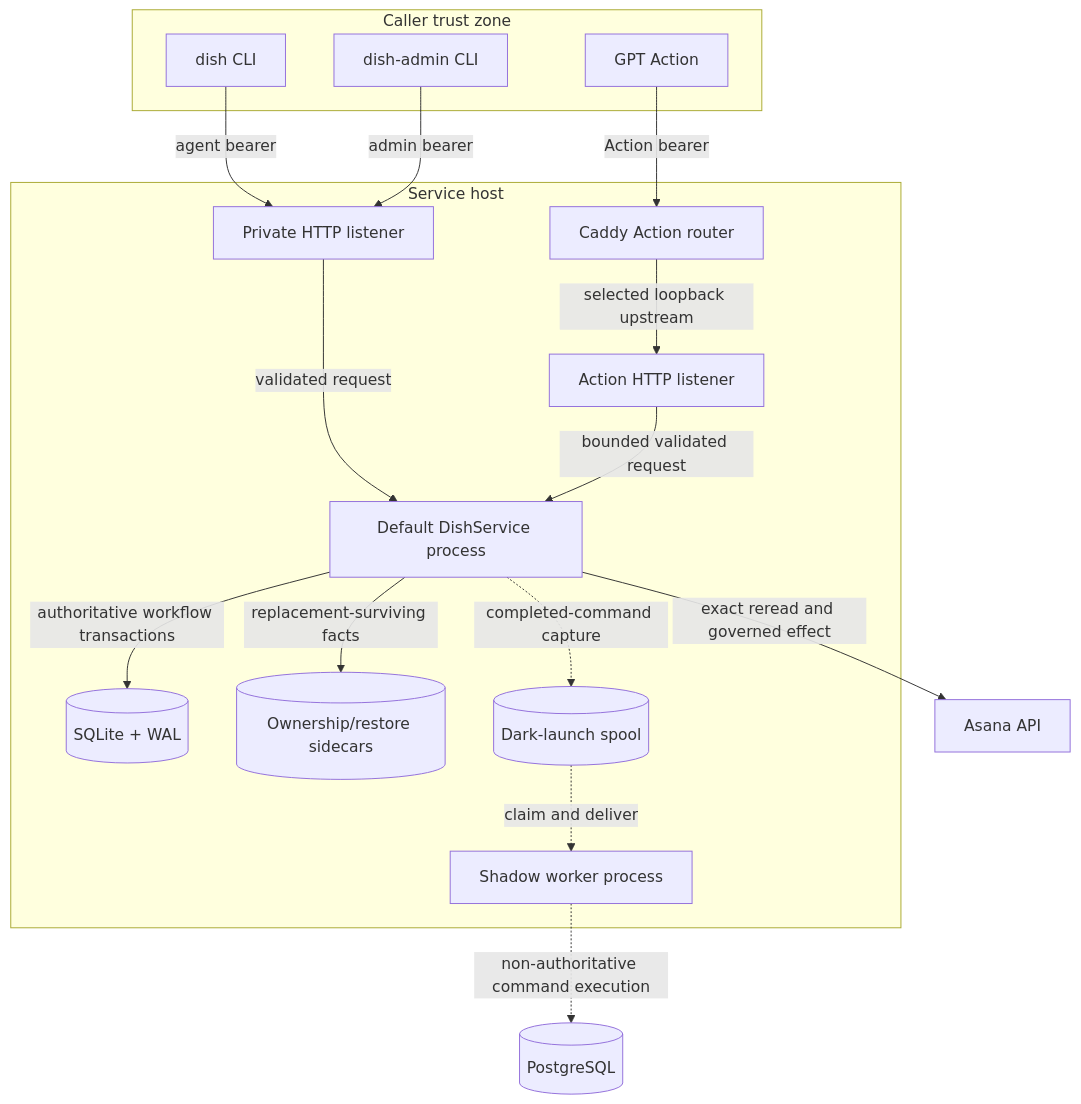
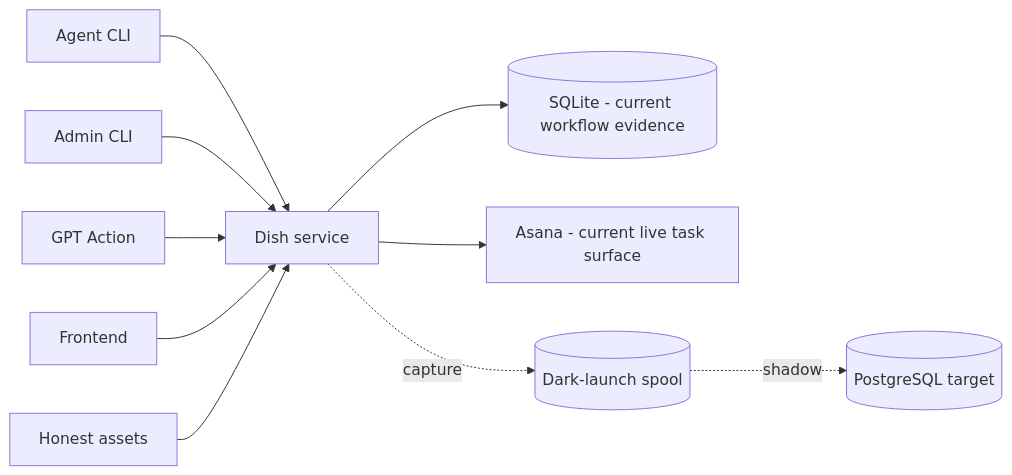
Before and after one commit to marcogallotta/ai-tools: the diagram in dish/docs/architecture/system-context.md, drawn with Mermaid. The commit also changed other lines of this file and 19 other files, not shown here.

First line of the commit message:
docs: rewrite architecture knowledge base for concision, preserve agent_guidance invariant

````diff
--- a/dish/docs/architecture/system-context.md
+++ b/dish/docs/architecture/system-context.md
@@ -25,32 +17,12 @@
 ```mermaid
-flowchart TB
-    subgraph Callers[Caller trust zone]
-      CLI[dish CLI]
-      Admin[dish-admin CLI]
-      GPT[GPT Action]
-    end
-    subgraph Host[Service host]
-      Private[Private HTTP listener]
-      Action[Action HTTP listener]
-      Service[Default DishService process]
-      SQLite[(SQLite + WAL)]
-      Sidecars[(Ownership/restore sidecars)]
-      Router[Caddy Action router]
-      Spool[(Dark-launch spool)]
-      ShadowWorker[Shadow worker process]
-    end
-    Asana[Asana API]
-    PG[(PostgreSQL)]
-    CLI -->|agent bearer| Private
-    Admin -->|admin bearer| Private
-    GPT -->|Action bearer| Router
-    Router -->|selected loopback upstream| Action
-    Private -->|validated request| Service
-    Action -->|bounded validated request| Service
-    Service -->|authoritative workflow transactions| SQLite
-    Service -->|replacement-surviving facts| Sidecars
-    Service -->|exact reread and governed effect| Asana
-    Service -.->|completed-command capture| Spool
-    Spool -.->|claim and deliver| ShadowWorker
-    ShadowWorker -.->|non-authoritative command execution| PG
+flowchart LR
+    Agent[Agent CLI] --> S[Dish service]
+    Admin[Admin CLI] --> S
+    GPT[GPT Action] --> S
+    Frontend[Frontend] --> S
+    Honest[Honest assets] --> S
+    S --> SQLite[(SQLite - current workflow evidence)]
+    S --> Asana[Asana - current live task surface]
+    S -. capture .-> Spool[(Dark-launch spool)]
+    Spool -. shadow .-> PG[(PostgreSQL target)]
 ```
````
